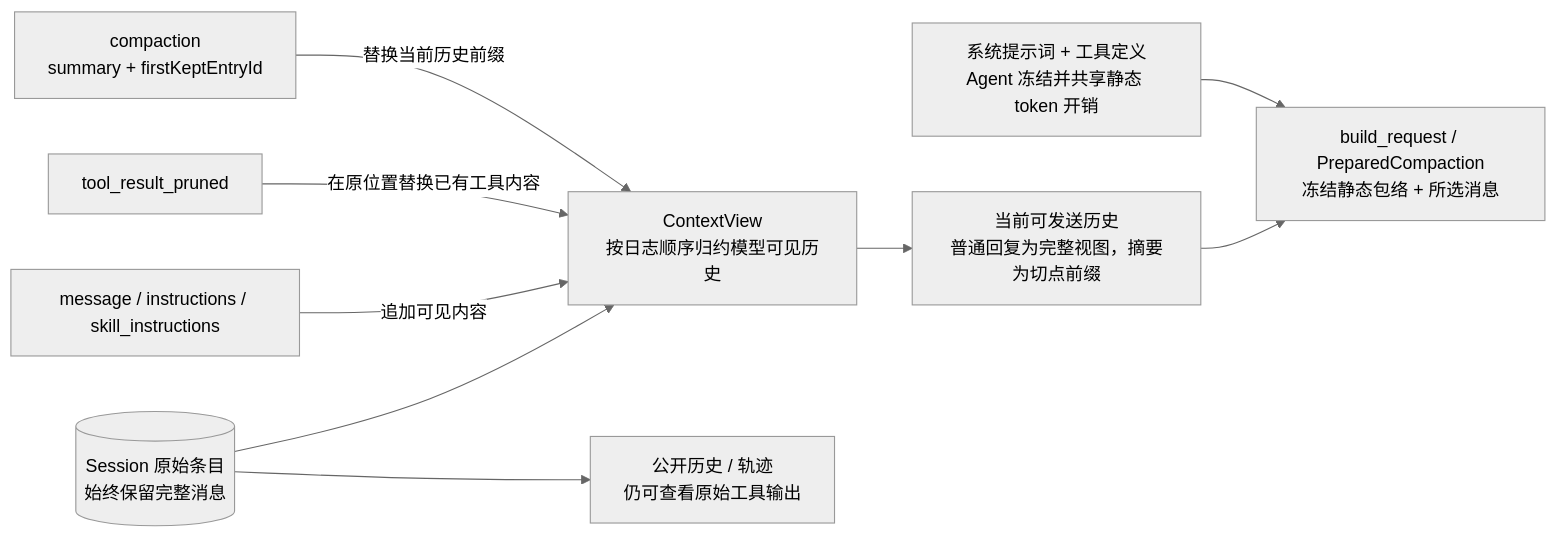
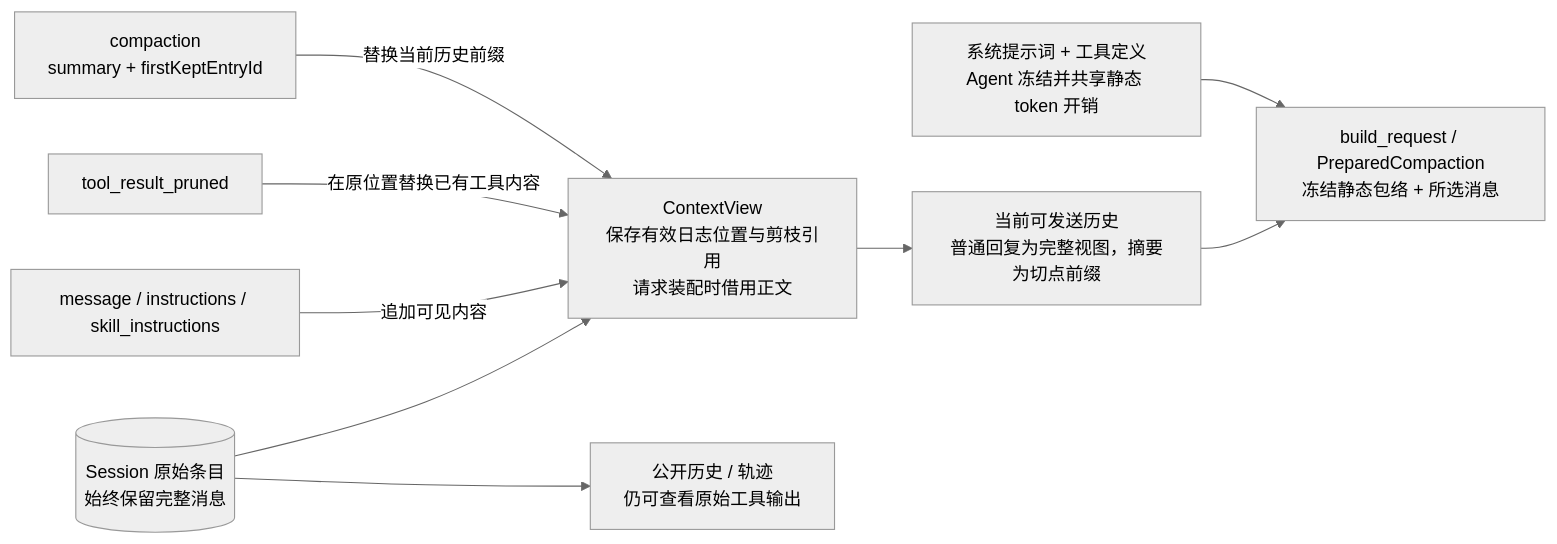
Diagram 22 of 29 in docs/singularity.md (qjcnmd/singularity-agent), drawn with Mermaid (neutral theme) before and after one commit. The commit also changed other lines of this file and 63 other files, not shown here.

````diff
--- a/docs/singularity.md
+++ b/docs/singularity.md
@@ -589,12 +589,12 @@
 ```mermaid
 flowchart LR
     Ledger[("Session 原始条目<br/>始终保留完整消息")]
-    Ledger --> Context["ContextView<br/>按日志顺序归约模型可见历史"]
+    Ledger --> Context["ContextView<br/>保存有效日志位置与剪枝引用<br/>请求装配时借用正文"]
     Ledger --> Public["公开历史 / 轨迹<br/>仍可查看原始工具输出"]
     Message["message / instructions / skill_instructions"] -->|"追加可见内容"| Context
     Prune["tool_result_pruned"] -->|"在原位置替换已有工具内容"| Context
     Compact["compaction<br/>summary + firstKeptEntryId"] -->|"替换当前历史前缀"| Context
     Context --> History["当前可发送历史<br/>普通回复为完整视图，摘要为切点前缀"]
     History --> Request["build_request / PreparedCompaction<br/>冻结静态包络 + 所选消息"]
     System["系统提示词 + 工具定义<br/>Agent 冻结并共享静态 token 开销"] --> Request
 ```
````
